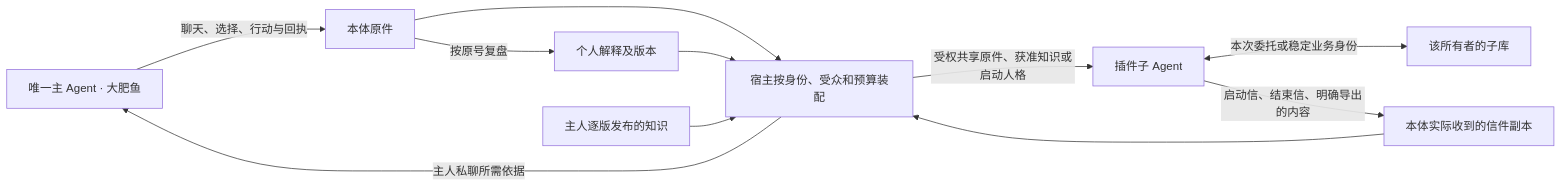
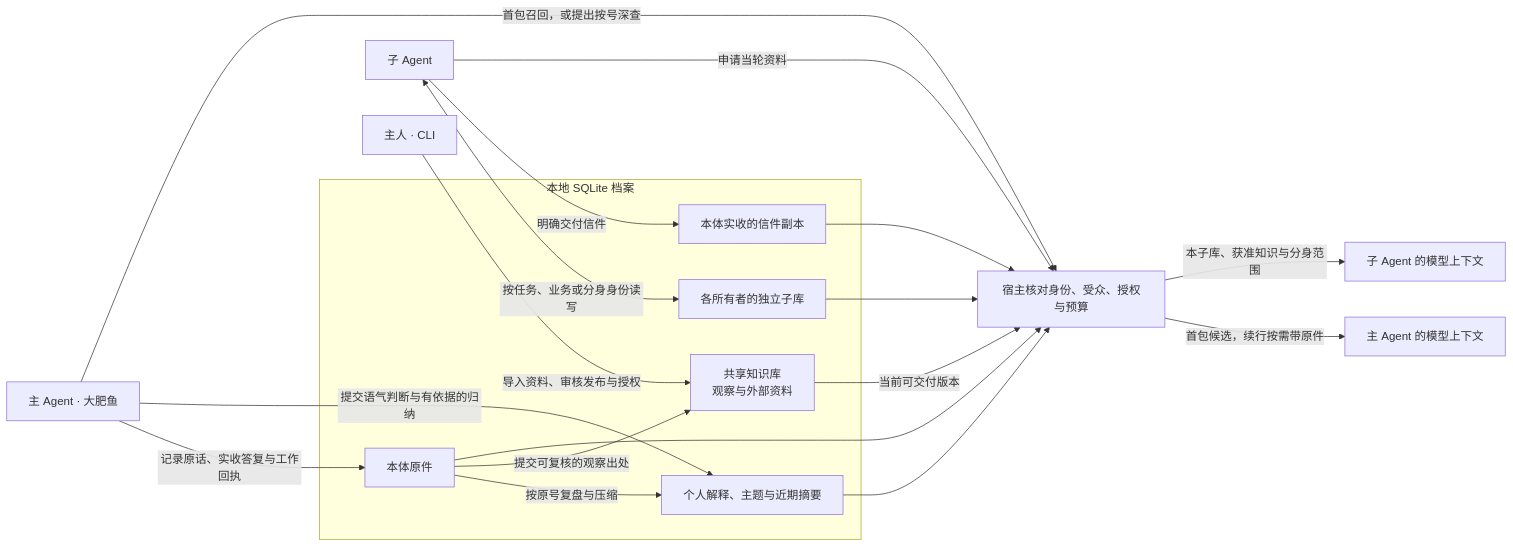
Before and after one commit to AuraKaliya/DaFeiYu-: the diagram in 文档/设计/本体记忆与知识库设计.md, drawn with Mermaid. The commit also changed other lines of this file and 1 other file, not shown here.

Commit message:
记录记忆系统的架构和 CLI 审阅基线
内容
- 更新主子 Agent、SQLite 和知识库的读写与送模图。
- 记录两套全量 CLI 回归、重复回放和真实终端按号接续的实测字节数。
- 核对文档链接和差异。开发计划的两小时轮次为审阅入口，后续按待评审边界讨论。

````diff
--- a/文档/设计/本体记忆与知识库设计.md
+++ b/文档/设计/本体记忆与知识库设计.md
@@ -11,13 +11,23 @@
 ```mermaid
 flowchart LR
-    Main["唯一主 Agent · 大肥鱼"] -->|"聊天、选择、行动与回执"| Originals["本体原件"]
-    Originals -->|"按原号复盘"| Insights["个人解释及版本"]
-    Child["插件子 Agent"] <-->|"本次委托或稳定业务身份"| Private["该所有者的子库"]
-    Child -->|"启动信、结束信、明确导出的内容"| Mail["本体实际收到的信件副本"]
-    Originals --> Gate["宿主按身份、受众和预算装配"]
+    Main["主 Agent · 大肥鱼"] -->|"记录原话、实收答复与工作回执"| Originals
+    Main -->|"提交语气判断与有依据的归纳"| Insights
+    Child["子 Agent"] <-->|"按任务、业务或分身身份读写"| Private
+    Child -->|"明确交付信件"| Mail
+    Owner["主人 · CLI"] -->|"导入资料、审核发布与授权"| Wiki
+    subgraph SQLite["本地 SQLite 档案"]
+      Originals["本体原件"] -->|"按原号复盘与压缩"| Insights["个人解释、主题与近期摘要"]
+      Originals -->|"提交可复核的观察出处"| Wiki["共享知识库<br/>观察与外部资料"]
+      Private["各所有者的独立子库"]
+      Mail["本体实收的信件副本"]
+    end
+    Originals --> Gate["宿主核对身份、受众、授权与预算"]
     Insights --> Gate
     Mail --> Gate
-    Wiki["主人逐版发布的知识"] --> Gate
-    Gate -->|"主人私聊所需依据"| Main
-    Gate -->|"受权共享原件、获准知识或启动人格"| Child
+    Private --> Gate
+    Wiki -->|"当前可交付版本"| Gate
+    Main -->|"首包召回，或提出按号深查"| Gate
+    Child -->|"申请当轮资料"| Gate
+    Gate -->|"首包候选，续行按需带原件"| MainContext["主 Agent 的模型上下文"]
+    Gate -->|"本子库、获准知识与分身范围"| ChildContext["子 Agent 的模型上下文"]
 ```
````
